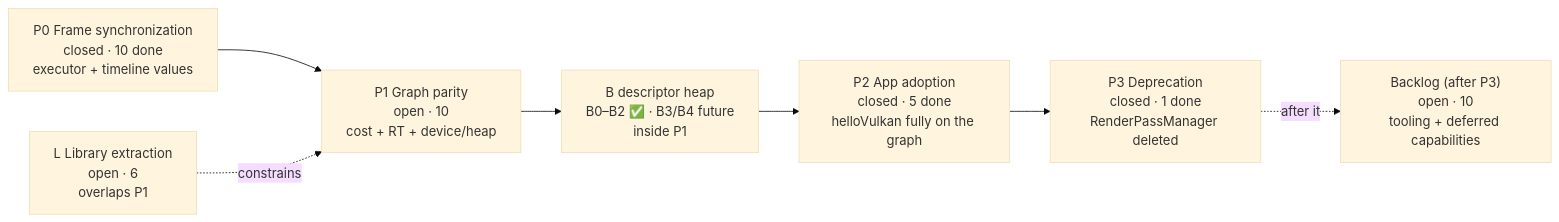
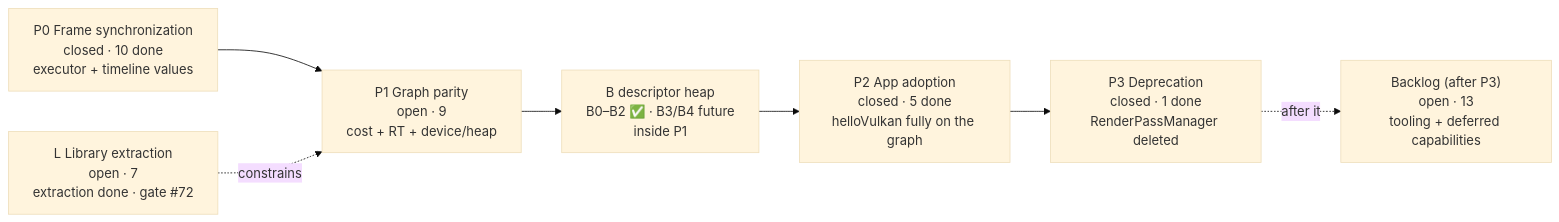
Before and after one commit to v3c70r/Muyo: the first of 2 diagrams in docs/Roadmap-Visual.md, drawn with Mermaid (base theme). The commit also changed other lines of this file and 8 other files, not shown here.

First line of the commit message:
docs: post-split sync of roadmap, README, baseline and process refs (#333)

````diff
--- a/docs/Roadmap-Visual.md
+++ b/docs/Roadmap-Visual.md
@@ -24,13 +25,13 @@
 ```mermaid
 flowchart LR
     P0["P0 Frame synchronization<br/>closed · 10 done<br/>executor + timeline values"]
-    P1["P1 Graph parity<br/>open · 10<br/>cost + RT + device/heap"]
+    P1["P1 Graph parity<br/>open · 9<br/>cost + RT + device/heap"]
     B["B descriptor heap<br/>B0–B2 ✅ · B3/B4 future<br/>inside P1"]
     P2["P2 App adoption<br/>closed · 5 done<br/>helloVulkan fully on the graph"]
     P3["P3 Deprecation<br/>closed · 1 done<br/>RenderPassManager deleted"]
-    L["L Library extraction<br/>open · 6<br/>overlaps P1"]
-    BL["Backlog (after P3)<br/>open · 10<br/>tooling + deferred capabilities"]
+    L["L Library extraction<br/>open · 7<br/>extraction done · gate #72"]
+    BL["Backlog (after P3)<br/>open · 13<br/>tooling + deferred capabilities"]
     P0 --> P1 --> B --> P2 --> P3
     L -. constrains .-> P1
     P3 -. after it .-> BL
 ```
````
